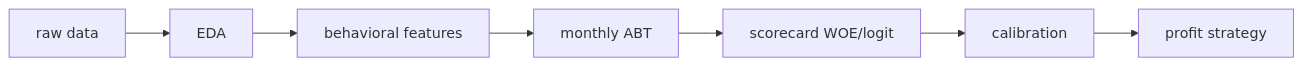
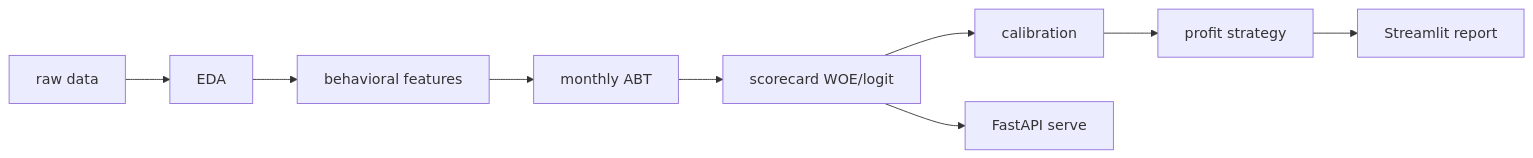
One commit to giangphuongtran/scorecard-builder changed the second of 6 diagrams in README.md. Above: the diagram before and after it, drawn with Mermaid. The commit also changed other lines of this file and 7 other files, not shown here.

````diff
--- a/README.md
+++ b/README.md
@@ -9,9 +80,11 @@
 ```mermaid
 flowchart LR
     A[raw data] --> B[EDA]
     B --> C[behavioral features]
     C --> D[monthly ABT]
     D --> E[scorecard WOE/logit]
     E --> F[calibration]
     F --> G[profit strategy]
+    G --> H[Streamlit report]
+    E --> I[FastAPI serve]
 ```
````
